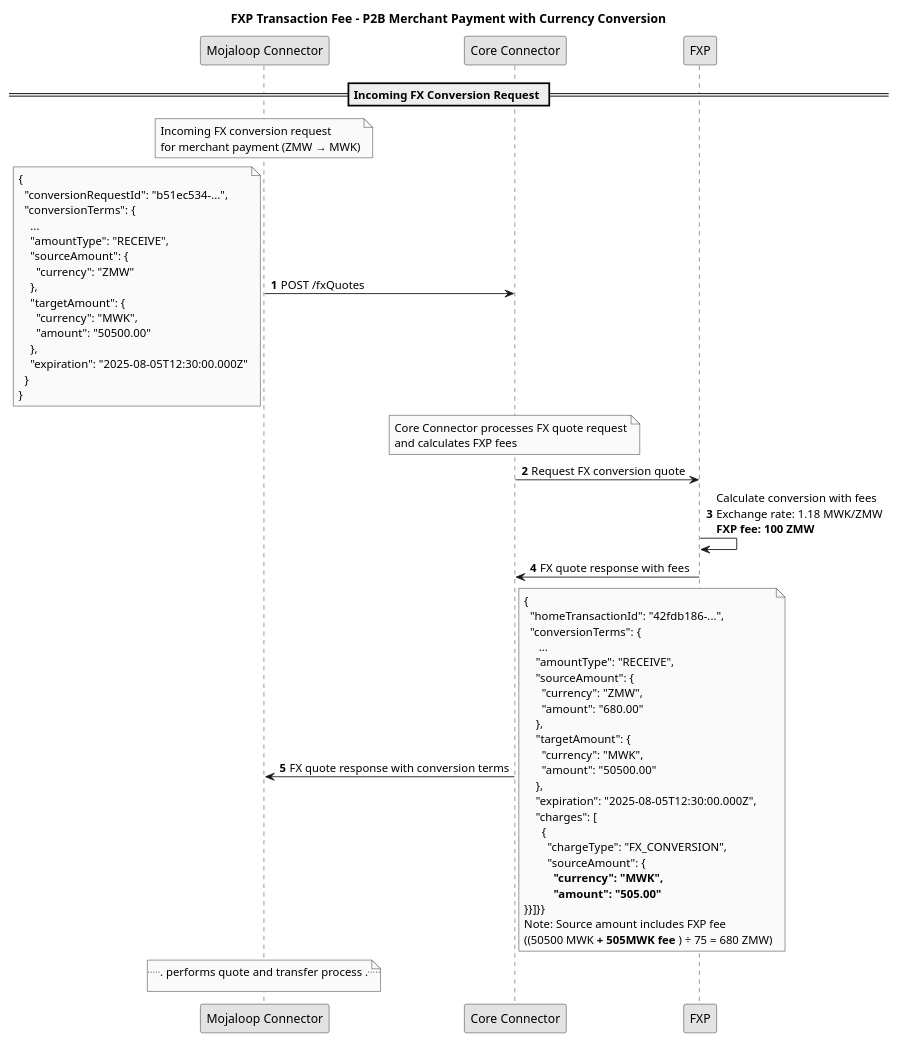
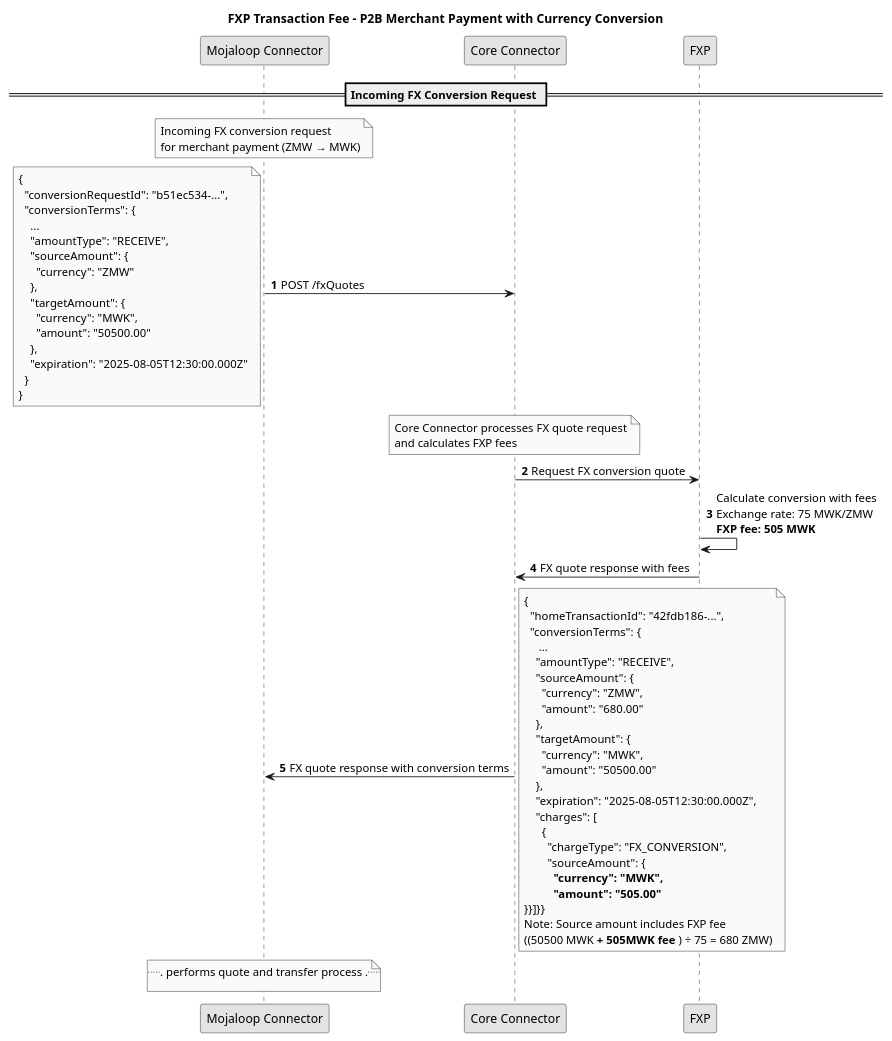
Before and after one commit to infitx-org/participation-tool-docs: the diagram in md-docs/fees/SequenceDiagram/FXP_P2B_Fees - agreement.plantuml, drawn with PlantUML. The commit also changed 13 other files, not shown here.

Commit message:
feat: Added Description of Fees and Fee Calculation

```diff
--- a/md-docs/fees/SequenceDiagram/FXP_P2B_Fees - agreement.plantuml
+++ b/md-docs/fees/SequenceDiagram/FXP_P2B_Fees - agreement.plantuml
@@ -1,67 +1,67 @@
 @startuml FXP_P2B_Fees - agreement
 title FXP Transaction Fee - P2B Merchant Payment with Currency Conversion
 skinparam monochrome true
 autonumber
 
 participant "Mojaloop Connector" as MC
 participant "Core Connector" as CC
 participant "FXP" as FXP
 
 == Incoming FX Conversion Request ==
 note over MC: Incoming FX conversion request\nfor merchant payment (ZMW → MWK)
 
 MC -> CC: POST /fxQuotes
 note left
 {
   "conversionRequestId": "b51ec534-...",
   "conversionTerms": {
     ...
     "amountType": "RECEIVE",
     "sourceAmount": {
       "currency": "ZMW"
     },
     "targetAmount": {
       "currency": "MWK",
       "amount": "50500.00"
     },
     "expiration": "2025-08-05T12:30:00.000Z"
   }
 }
 end note
 
 note over CC: Core Connector processes FX quote request\nand calculates FXP fees
 
 CC -> FXP: Request FX conversion quote
-FXP -> FXP: Calculate conversion with fees\nExchange rate: 1.18 MWK/ZMW\n**FXP fee: 100 ZMW**
+FXP -> FXP: Calculate conversion with fees\nExchange rate: 75 MWK/ZMW\n**FXP fee: 505 MWK**
 
 FXP -> CC: FX quote response with fees
 
 CC -> MC: FX quote response with conversion terms
 note right
 {
   "homeTransactionId": "42fdb186-...",
   "conversionTerms": {
      ...
     "amountType": "RECEIVE",
     "sourceAmount": {
       "currency": "ZMW",
       "amount": "680.00"
     },
     "targetAmount": {
       "currency": "MWK",
       "amount": "50500.00"
     },
     "expiration": "2025-08-05T12:30:00.000Z",
     "charges": [
       {
         "chargeType": "FX_CONVERSION",
         "sourceAmount": {
           **"currency": "MWK",**
           **"amount": "505.00"**
 }}]}}
 Note: Source amount includes FXP fee
 ((50500 MWK **+ 505MWK fee** ) ÷ 75 = 680 ZMW)
 end note
 note over MC: ... performs quote and transfer process ...
 
 @enduml
```
